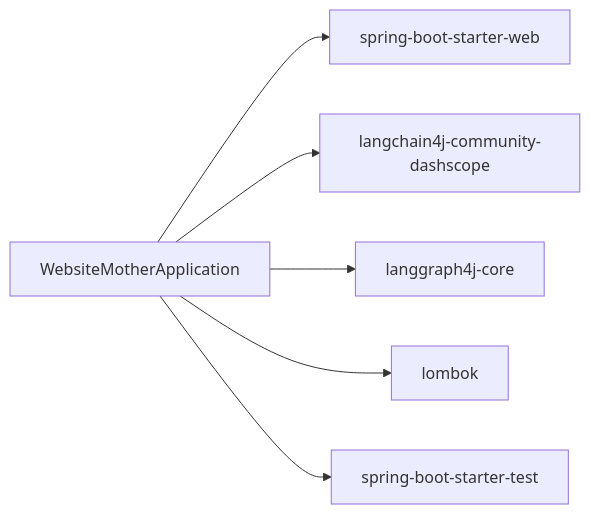
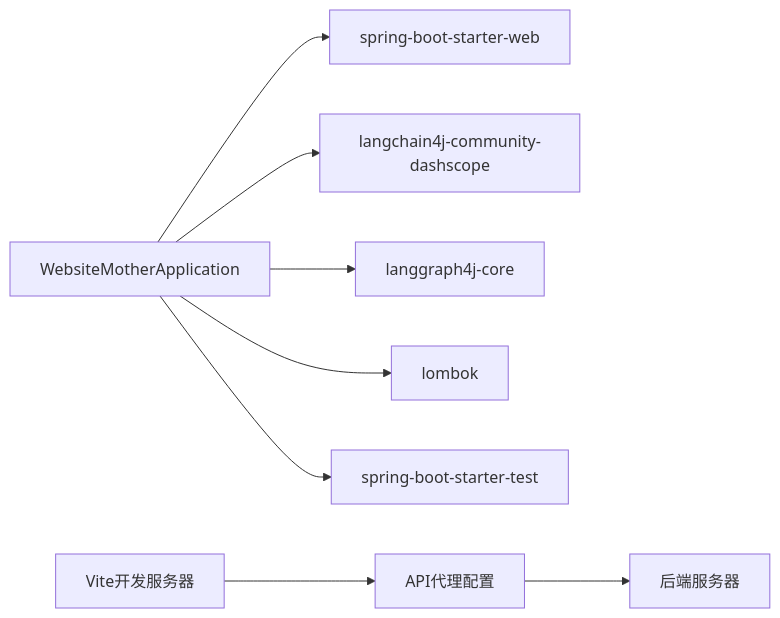
The fourth of 4 diagrams in .qoder/repowiki/zh/content/开发指南.md (CyanYuKi/WebSiteFrontendCodeMother), drawn with Mermaid before and after one commit. The commit also changed other lines of this file and 14 other files, not shown here.

````diff
--- a/.qoder/repowiki/zh/content/开发指南.md
+++ b/.qoder/repowiki/zh/content/开发指南.md
@@ -293,8 +326,10 @@
 ```mermaid
 graph LR
 APP["WebsiteMotherApplication"] --> WEB["spring-boot-starter-web"]
 APP --> LC4J["langchain4j-community-dashscope"]
 APP --> LG4J["langgraph4j-core"]
 APP --> LOMBOK["lombok"]
 APP --> TEST["spring-boot-starter-test"]
+VITE["Vite开发服务器"] --> PROXY["API代理配置"]
+PROXY --> BACKEND["后端服务器"]
 ```
````
